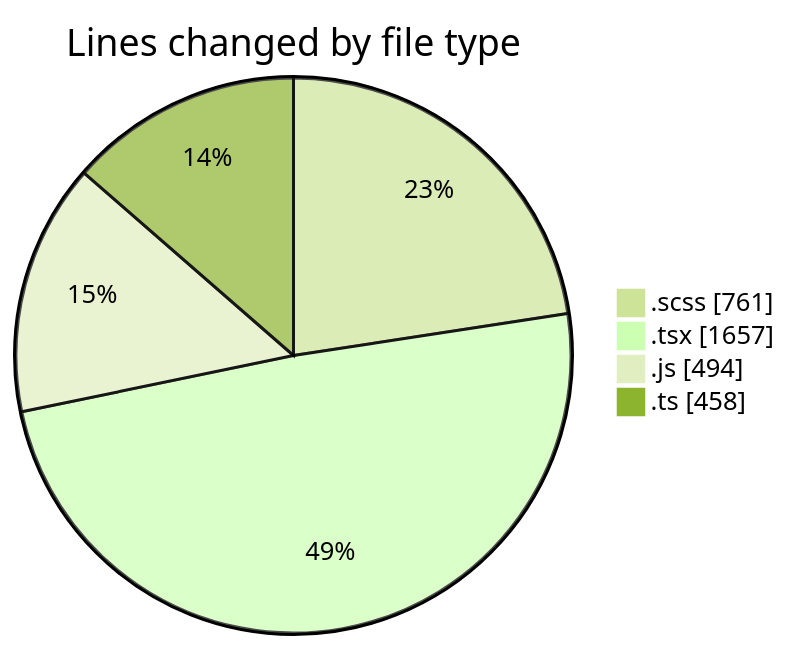
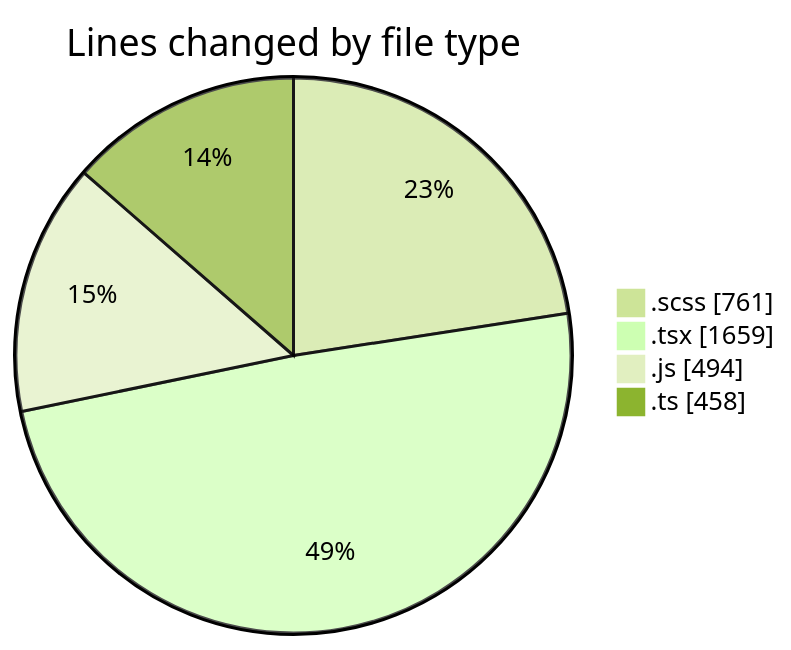
The first of 2 diagrams in 2025-03-14/cda/README.md (momahboobian/code-tracking), drawn with Mermaid (forest theme) before and after one commit. The commit also changed other lines of this file and 1 other file, not shown here.

````diff
--- a/2025-03-14/cda/README.md
+++ b/2025-03-14/cda/README.md
@@ -36,8 +36,8 @@
 ```mermaid
 pie showData
 title Lines changed by file type
 ".scss" : 761
-".tsx" : 1657
+".tsx" : 1659
 ".js" : 494
 ".ts" : 458
 ```
````
